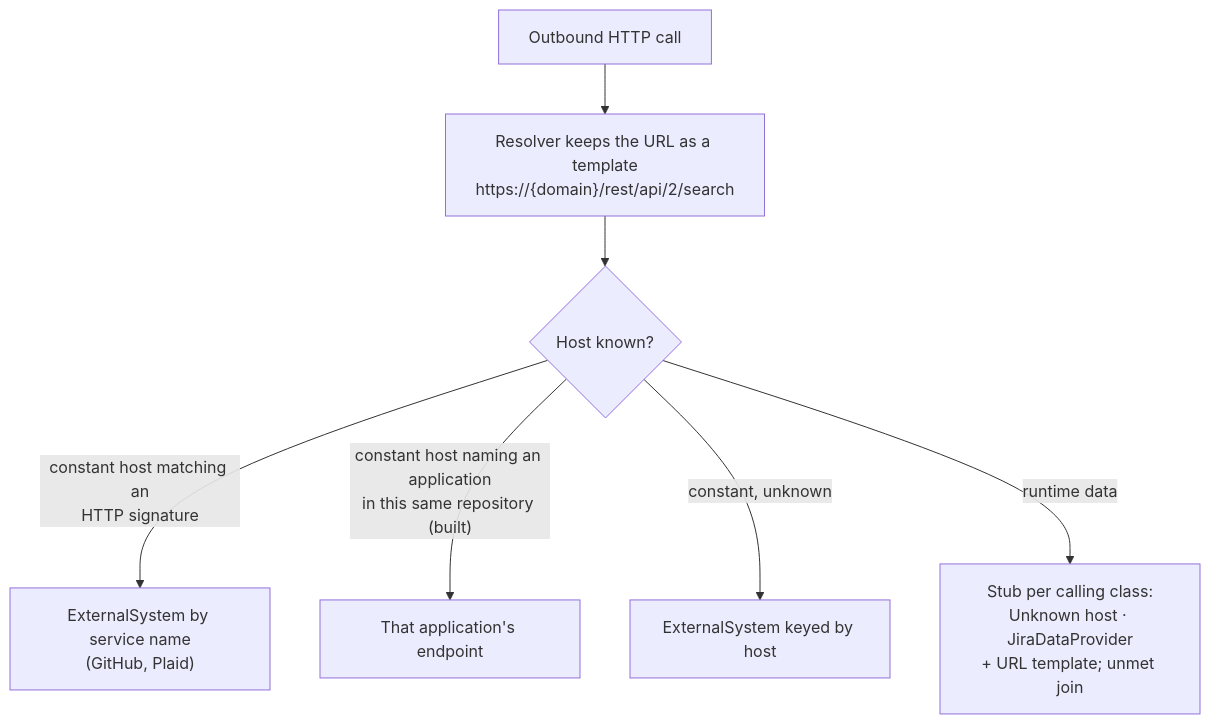
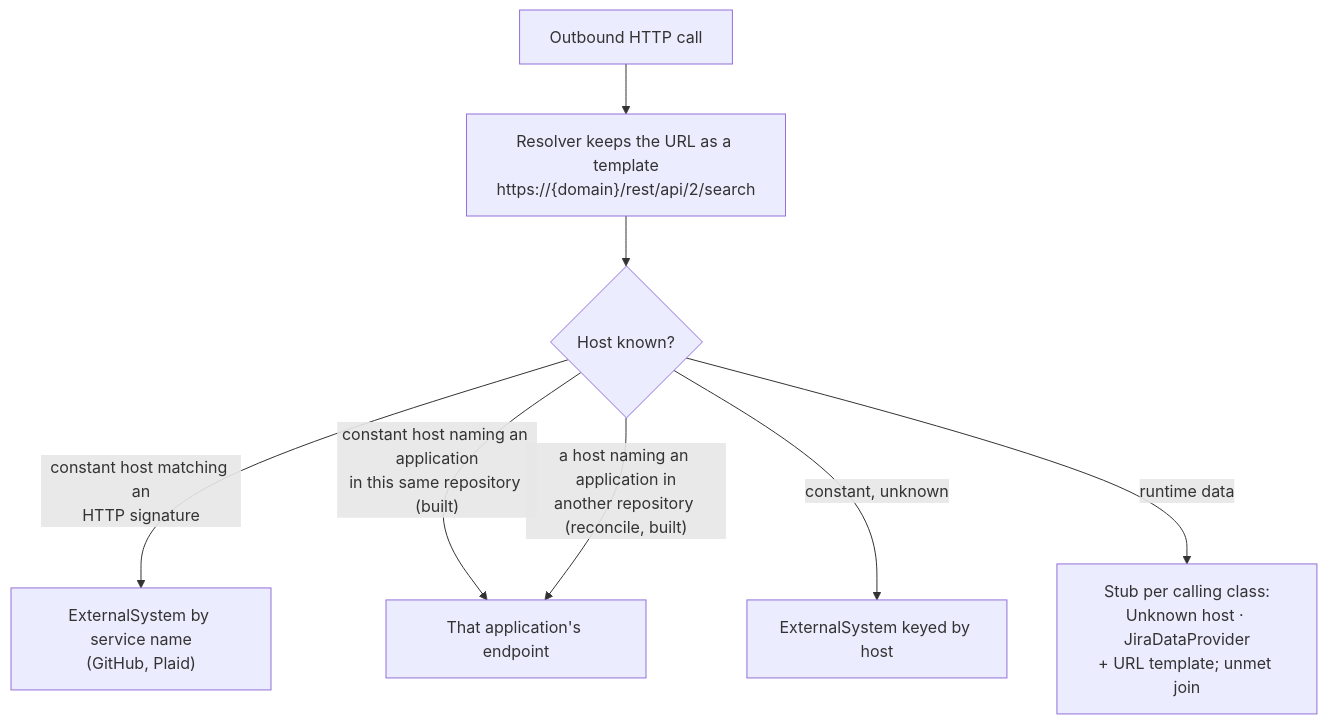
One commit to KBavis/steno changed the second of 3 diagrams in docs/how-it-works/ingestion/joins.md. Above: the diagram before and after it, drawn with Mermaid. The commit also changed other lines of this file and 9 other files, not shown here.

First line of the commit message:
feat(reconcile): link calls across repositories by the service a host names

````diff
--- a/docs/how-it-works/ingestion/joins.md
+++ b/docs/how-it-works/ingestion/joins.md
@@ -49,9 +49,10 @@
 ```mermaid
 flowchart TD
     C["Outbound HTTP call"] --> T["Resolver keeps the URL as a template<br/>https://{domain}/rest/api/2/search"]
     T --> H{"Host known?"}
     H -- "constant host matching an<br/>HTTP signature" --> SIG["ExternalSystem by service name<br/>(GitHub, Plaid)"]
     H -- "constant host naming an application<br/>in this same repository (built)" --> APP["That application's endpoint"]
+    H -- "a host naming an application in<br/>another repository (reconcile, built)" --> APP
     H -- "constant, unknown" --> HOST["ExternalSystem keyed by host"]
     H -- "runtime data" --> STUB["Stub per calling class:<br/>Unknown host · JiraDataProvider<br/>+ URL template; unmet join"]
 ```
````
